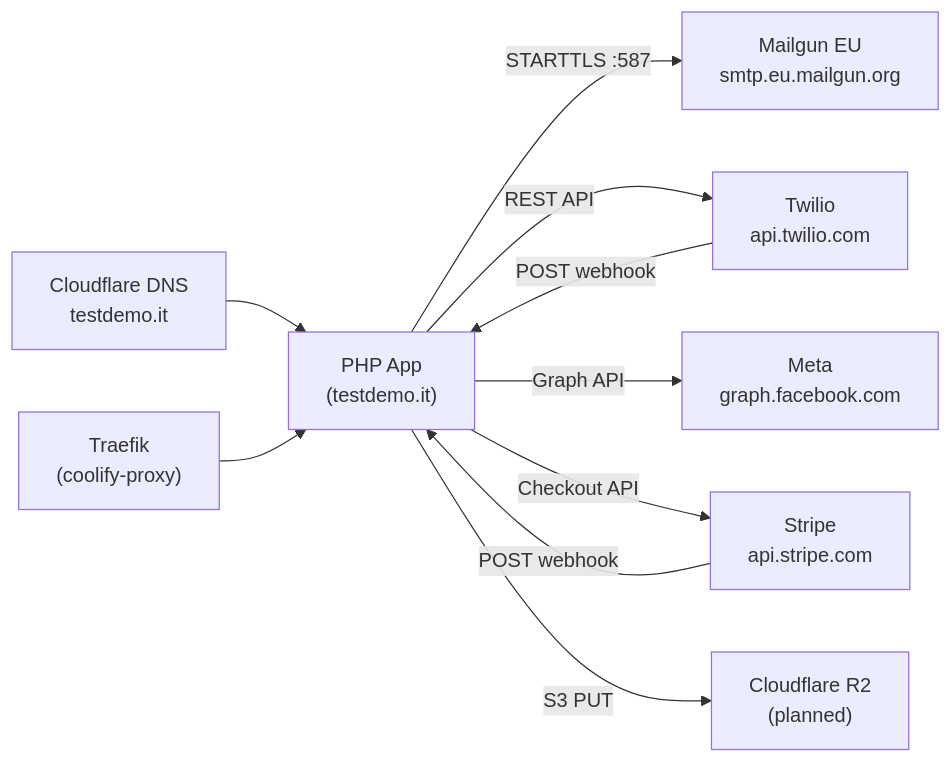
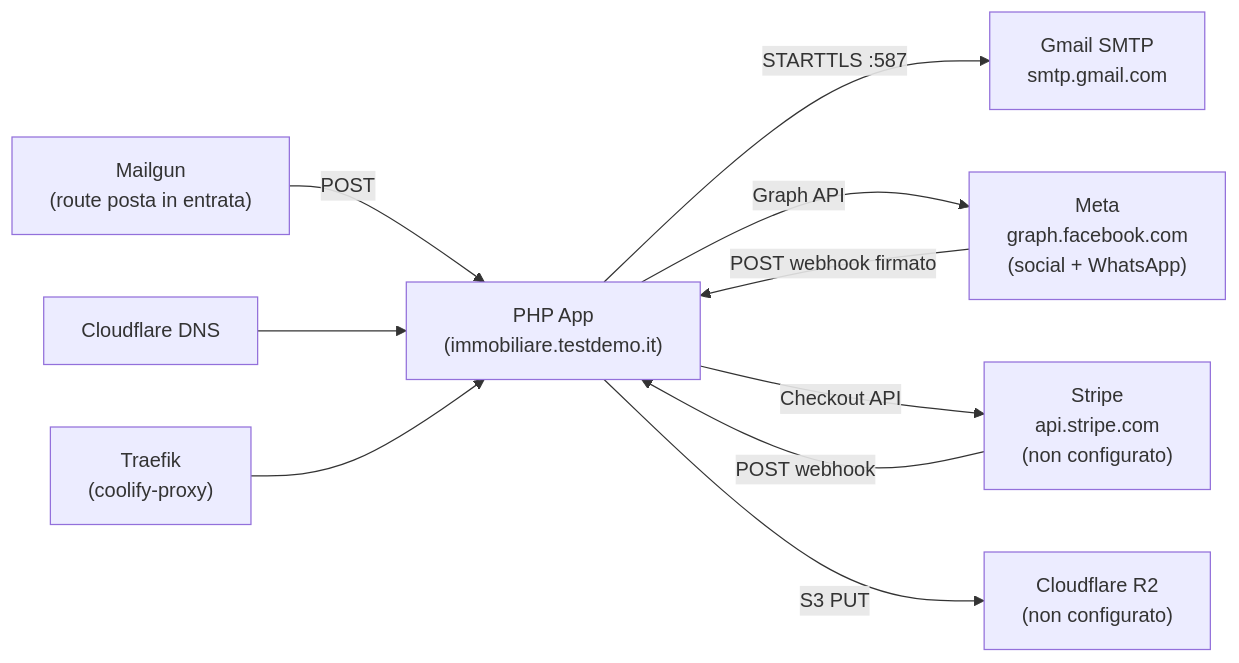
Before and after one commit to kristi2002/Gestione-Immobiliare: the diagram in docs/integrations/INTEGRATIONS.md, drawn with Mermaid. The commit also changed other lines of this file and 1 other file, not shown here.

First line of the commit message:
docs(integrazioni): la guida descriveva ancora Twilio e un host sbagliato

````diff
--- a/docs/integrations/INTEGRATIONS.md
+++ b/docs/integrations/INTEGRATIONS.md
@@ -255,15 +281,15 @@
 ```mermaid
 flowchart LR
-    App["PHP App\n(testdemo.it)"]
+    App["PHP App\n(immobiliare.testdemo.it)"]
 
-    App -->|STARTTLS :587| Mailgun["Mailgun EU\nsmtp.eu.mailgun.org"]
-    App -->|REST API| Twilio["Twilio\napi.twilio.com"]
-    Twilio -->|POST webhook| App
-    App -->|Graph API| Meta["Meta\ngraph.facebook.com"]
-    App -->|Checkout API| Stripe["Stripe\napi.stripe.com"]
+    App -->|STARTTLS :587| SMTP["Gmail SMTP\nsmtp.gmail.com"]
+    App -->|Graph API| Meta["Meta\ngraph.facebook.com\n(social + WhatsApp)"]
+    Meta -->|POST webhook firmato| App
+    App -->|Checkout API| Stripe["Stripe\napi.stripe.com\n(non configurato)"]
     Stripe -->|POST webhook| App
-    App -->|S3 PUT| R2["Cloudflare R2\n(planned)"]
+    Mailgun["Mailgun\n(route posta in entrata)"] -->|POST| App
+    App -->|S3 PUT| R2["Cloudflare R2\n(non configurato)"]
 
-    DNS["Cloudflare DNS\ntestdemo.it"] --> App
+    DNS["Cloudflare DNS"] --> App
     Traefik["Traefik\n(coolify-proxy)"] --> App
 ```
````
